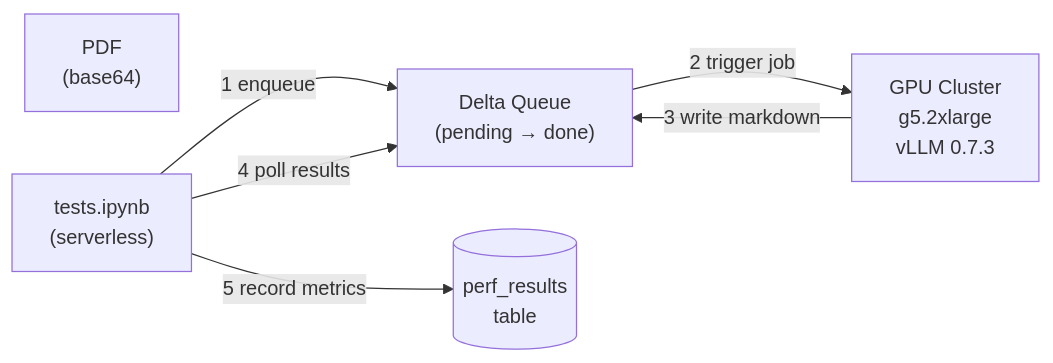
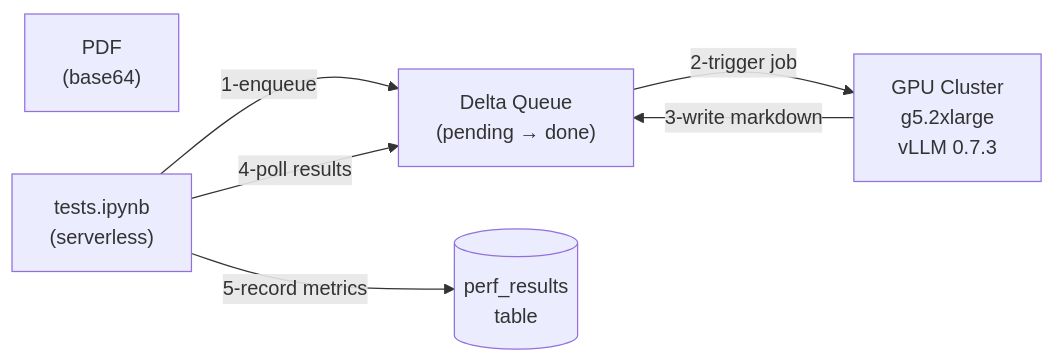
The first of 2 diagrams in README.md (manganganath/doc_parsing_mineru_vllm_databricks), drawn with Mermaid before and after one commit. The commit also changed other lines of this file, not shown here.

````diff
--- a/README.md
+++ b/README.md
@@ -16,14 +16,14 @@
 ```mermaid
 flowchart LR
     PDF["PDF<br/>(base64)"]
     Tests["tests.ipynb<br/>(serverless)"]
     Queue["Delta Queue<br/>(pending → done)"]
     GPU["GPU Cluster<br/>g5.2xlarge<br/>vLLM 0.7.3"]
     Perf[("perf_results<br/>table")]
 
-    Tests -- "1 enqueue" --> Queue
-    Queue -- "2 trigger job" --> GPU
-    GPU -- "3 write markdown" --> Queue
-    Tests -- "4 poll results" --> Queue
-    Tests -- "5 record metrics" --> Perf
+    Tests -- "1-enqueue" --> Queue
+    Queue -- "2-trigger job" --> GPU
+    GPU -- "3-write markdown" --> Queue
+    Tests -- "4-poll results" --> Queue
+    Tests -- "5-record metrics" --> Perf
 ```
````
